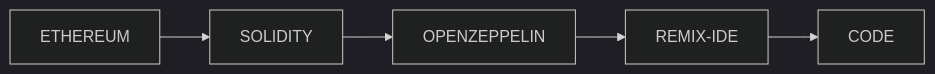
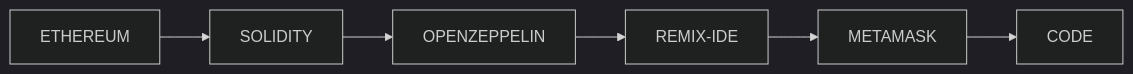
Before and after one commit to aashishgahlawat/solidityTutorials: the third of 3 diagrams in README.md, drawn with Mermaid (dark theme). The commit also changed other lines of this file, not shown here.

Commit message:
[Base Readme] Adding first EERC20 Code example | Adding more content and reformattiong base readme

````diff
--- a/README.md
+++ b/README.md
@@ -596,7 +627,8 @@
 ```mermaid
   graph LR;
       ETHEREUM-->SOLIDITY;
       SOLIDITY-->OPENZEPPELIN;
       OPENZEPPELIN-->REMIX-IDE;
-      REMIX-IDE-->CODE
+      REMIX-IDE-->METAMASK;
+      METAMASK-->CODE;
 ```
````
